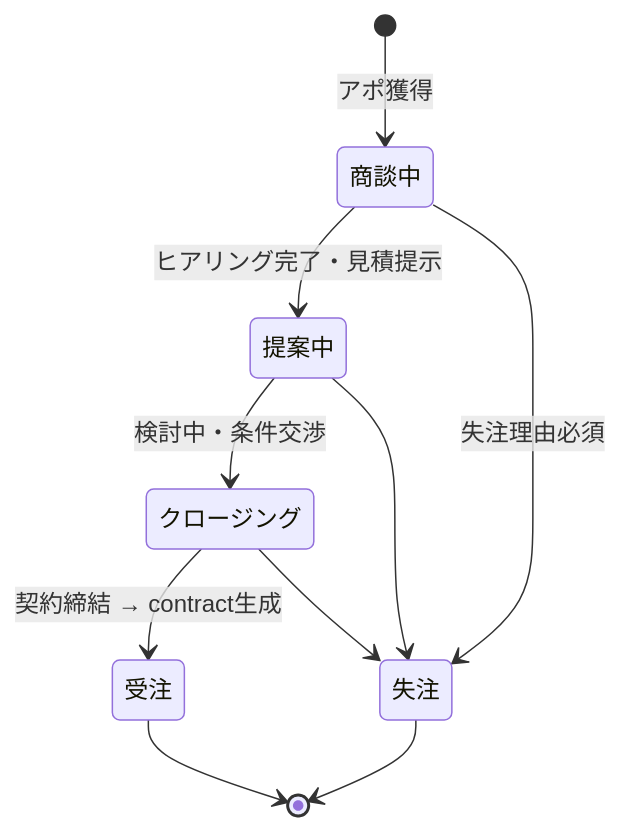
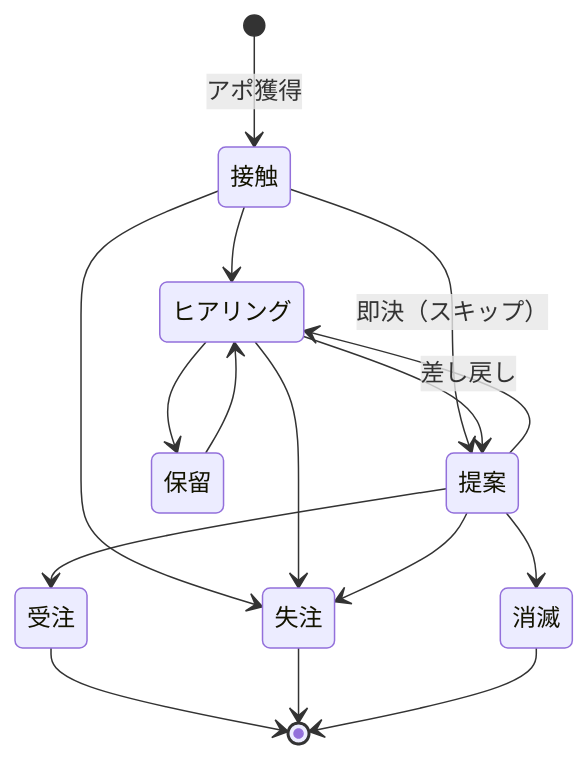
The second of 4 diagrams in docs/domain-model.md (okayus/alt-kintone), drawn with Mermaid before and after one commit. The commit also changed other lines of this file and 3 other files, not shown here.

````diff
--- a/docs/domain-model.md
+++ b/docs/domain-model.md
@@ -84,12 +271,18 @@
 ```mermaid
 stateDiagram-v2
-    [*] --> 商談中 : アポ獲得
-    商談中 --> 提案中 : ヒアリング完了・見積提示
-    提案中 --> クロージング : 検討中・条件交渉
-    クロージング --> 受注 : 契約締結 → contract生成
-    商談中 --> 失注 : 失注理由必須
-    提案中 --> 失注
-    クロージング --> 失注
+    [*] --> 接触 : アポ獲得
+    接触 --> ヒアリング
+    接触 --> 提案 : 即決（スキップ）
+    ヒアリング --> 提案
+    提案 --> ヒアリング : 差し戻し
+    提案 --> 受注
+    接触 --> 失注
+    ヒアリング --> 失注
+    提案 --> 失注
+    提案 --> 消滅
+    ヒアリング --> 保留
+    保留 --> ヒアリング
     受注 --> [*]
     失注 --> [*]
+    消滅 --> [*]
 ```
````
